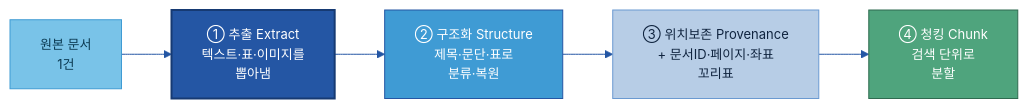
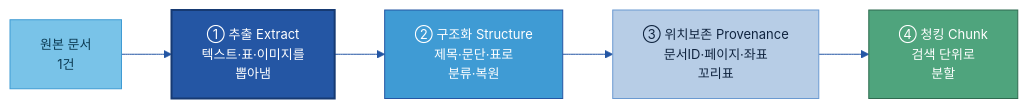
Before and after one commit to jin-kearney/ai-ready-data-manual: the second of 8 diagrams in 가이드 작성/B-1 데이터 전처리/B-1 데이터 전처리.md, drawn with Mermaid. The commit also changed other lines of this file and 1 other file, not shown here.

````diff
--- a/가이드 작성/B-1 데이터 전처리/B-1 데이터 전처리.md
+++ b/가이드 작성/B-1 데이터 전처리/B-1 데이터 전처리.md
@@ -148,14 +158,14 @@
 ```mermaid
 %%{init: {'theme':'base','themeVariables':{'primaryColor':'#DCE8F5','primaryBorderColor':'#2456A4','primaryTextColor':'#10243f','lineColor':'#2456A4','fontSize':'13px'}}}%%
 flowchart LR
     D["원본 문서<br/>1건"]:::src
     D --> E1["① 추출 Extract<br/>텍스트·표·이미지를<br/>뽑아냄"]:::cat
     E1 --> E2["② 구조화 Structure<br/>제목·문단·표로<br/>분류·복원"]:::gate
-    E2 --> E3["③ 위치보존 Provenance<br/>+ 문서ID·페이지·좌표<br/>꼬리표"]:::n
+    E2 --> E3["③ 위치보존 Provenance<br/>문서ID·페이지·좌표<br/>꼬리표"]:::n
     E3 --> E4["④ 청킹 Chunk<br/>검색 단위로<br/>분할"]:::loop
     classDef src fill:#79C3E8,stroke:#3F9BD4,color:#0b3a52;
     classDef cat fill:#2456A4,color:#fff,stroke:#163a73,stroke-width:2px;
     classDef gate fill:#3F9BD4,stroke:#2456A4,color:#fff;
     classDef n fill:#B7CDE6,stroke:#6B9AD1,color:#10243f;
     classDef loop fill:#4FA47D,stroke:#2f6b50,color:#fff;
 ```
````
